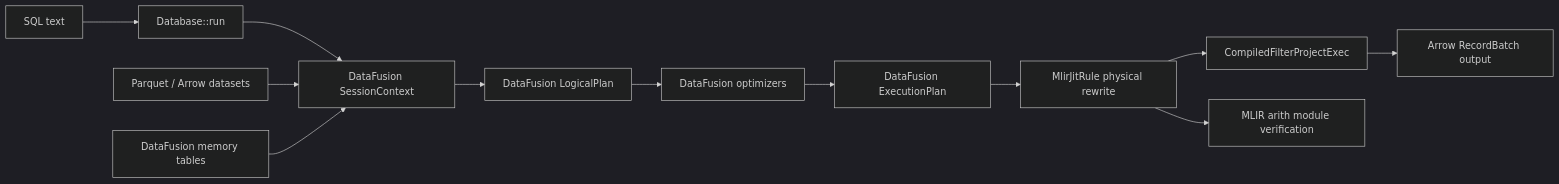
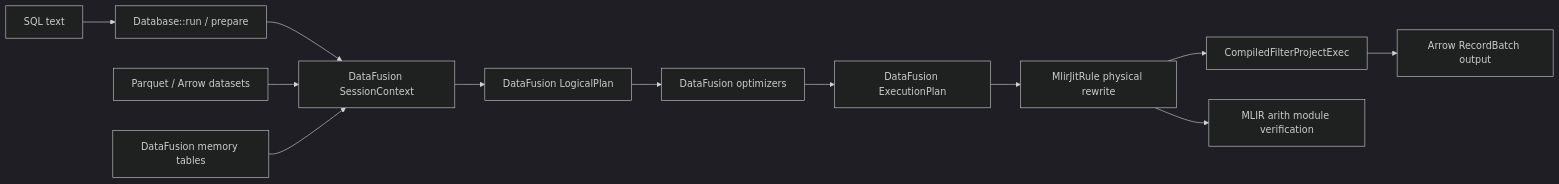
The diagram in docs/src/architecture.md (feichai0017/QuillSQL), drawn with Mermaid (dark theme) before and after one commit. The commit also changed 6 other files, not shown here.

````diff
--- a/docs/src/architecture.md
+++ b/docs/src/architecture.md
@@ -10,15 +10,15 @@
 ```mermaid
 flowchart LR
-    SQL["SQL text"] --> DB["Database::run"]
+    SQL["SQL text"] --> DB["Database::run / prepare"]
     DB --> DF["DataFusion SessionContext"]
     DF --> Logical["DataFusion LogicalPlan"]
     Logical --> Optimized["DataFusion optimizers"]
     Optimized --> Physical["DataFusion ExecutionPlan"]
     Physical --> JITRule["MlirJitRule physical rewrite"]
     JITRule --> CompiledExec["CompiledFilterProjectExec"]
     CompiledExec --> Arrow["Arrow RecordBatch output"]
 
     Parquet["Parquet / Arrow datasets"] --> DF
     Memory["DataFusion memory tables"] --> DF
     JITRule --> MLIR["MLIR arith module verification"]
 ```
````
